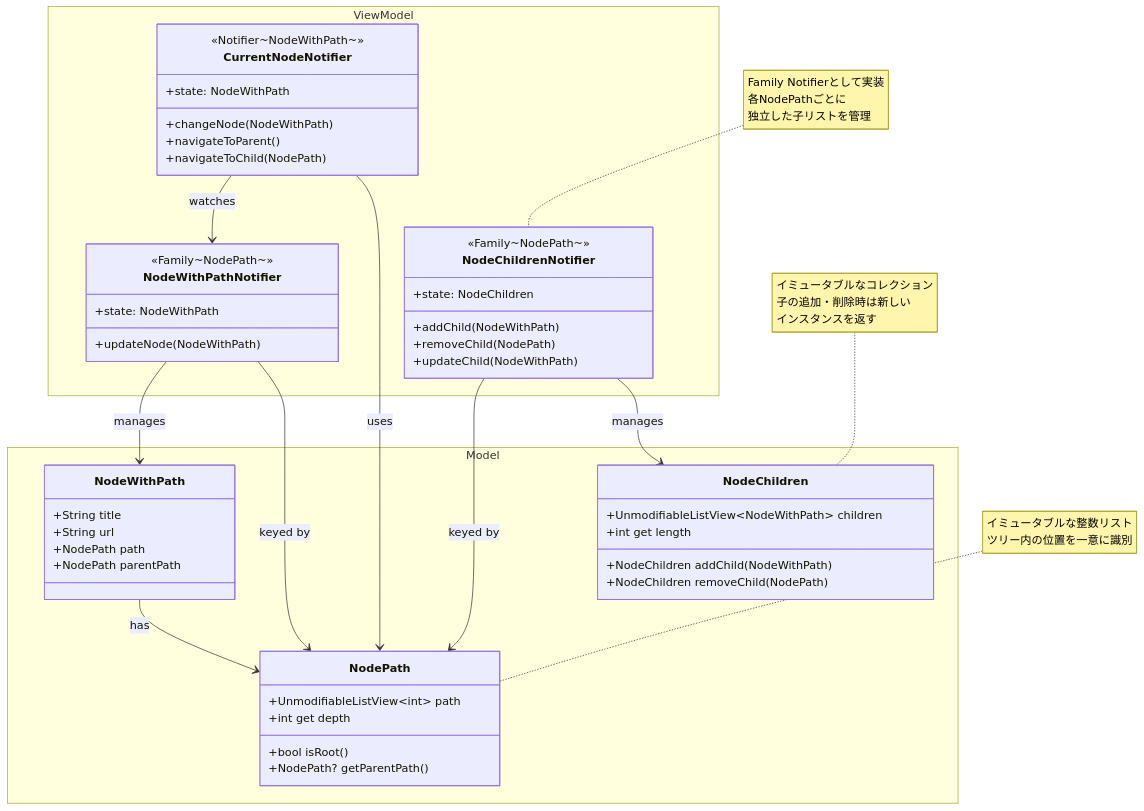
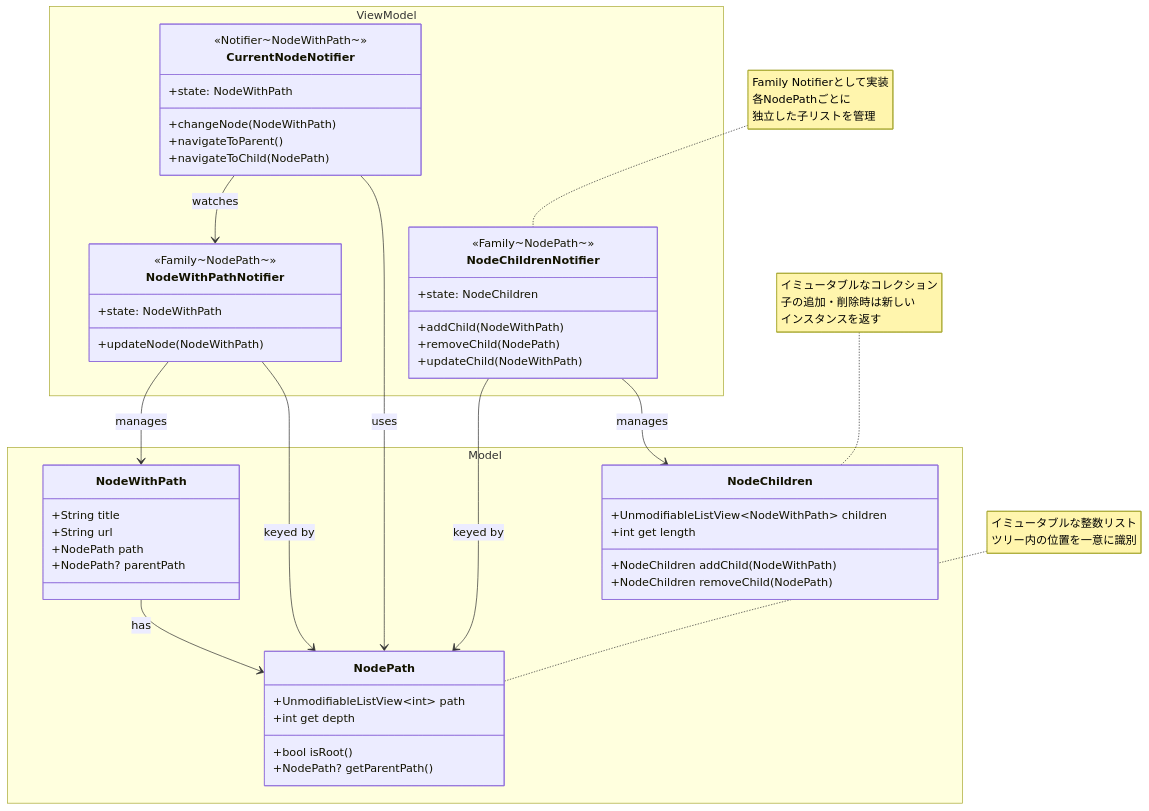
One commit to Yasahiro-021/2025-app-sideA changed the diagram in web_browser/lib/browser/document/browser_view_architecture.md. Above: the diagram before and after it, drawn with Mermaid.

Commit message:
fix: NodeWithPathの親パスをnullableに変更

````diff
--- a/web_browser/lib/browser/document/browser_view_architecture.md
+++ b/web_browser/lib/browser/document/browser_view_architecture.md
@@ -22,79 +22,79 @@
 ```mermaid
 classDiagram
     direction TB
 
     %% Model層の定義
     namespace Model {
         class NodeWithPath {
             +String title
             +String url
             +NodePath path
-            +NodePath parentPath
+            +NodePath? parentPath
         }
 
         class NodePath {
             +UnmodifiableListView~int~ path
             +int get depth
             +bool isRoot()
             +NodePath? getParentPath()
         }
 
         class NodeChildren {
             +UnmodifiableListView~NodeWithPath~ children
             +int get length
             +NodeChildren addChild(NodeWithPath)
             +NodeChildren removeChild(NodePath)
         }
     }
 
     %% ViewModel層の定義
     namespace ViewModel {
         class CurrentNodeNotifier {
             <<Notifier~NodeWithPath~>>
             +state: NodeWithPath
             +changeNode(NodeWithPath)
             +navigateToParent()
             +navigateToChild(NodePath)
         }
 
         class NodeWithPathNotifier {
             <<Family~NodePath~>>
             +state: NodeWithPath
             +updateNode(NodeWithPath)
         }
 
         class NodeChildrenNotifier {
             <<Family~NodePath~>>
             +state: NodeChildren
             +addChild(NodeWithPath)
             +removeChild(NodePath)
             +updateChild(NodeWithPath)
         }
     }
 
 
     %% Model層の関連
     NodeWithPath --> NodePath : has
 
     %% ViewModel層の関連
     CurrentNodeNotifier --> NodePath : uses
     CurrentNodeNotifier --> NodeWithPathNotifier : watches
     NodeChildrenNotifier --> NodeChildren : manages
     NodeChildrenNotifier --> NodePath : keyed by
     NodeWithPathNotifier --> NodePath : keyed by
     NodeWithPathNotifier --> NodeWithPath : manages
 
 
     %% 凡例用のノート
     note for NodeChildren "イミュータブルなコレクション
         子の追加・削除時は新しい
         インスタンスを返す"
 
     note for NodePath "イミュータブルな整数リスト
         ツリー内の位置を一意に識別"
 
     note for NodeChildrenNotifier "Family Notifierとして実装
         各NodePathごとに
         独立した子リストを管理"
 
 ```
````
